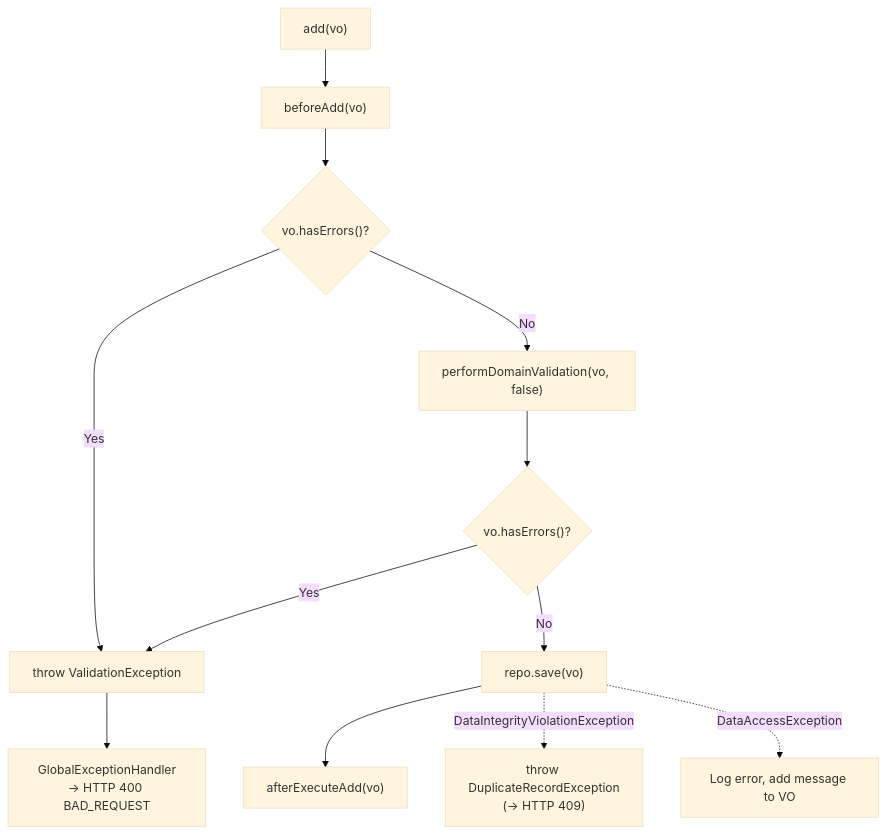
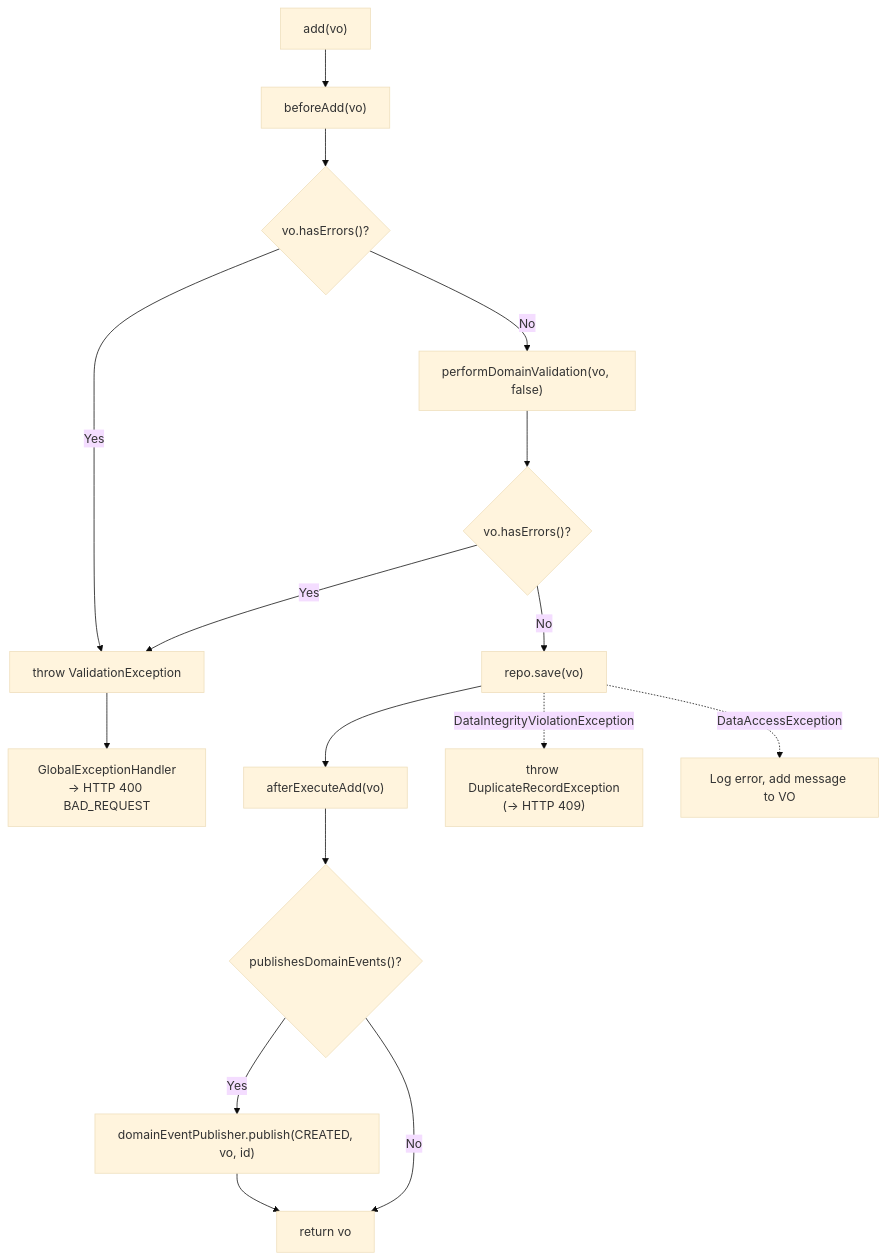
One commit to mujib-adm/carizmi changed the second of 7 diagrams in docs/ARCHITECTURE.md. Above: the diagram before and after it, drawn with Mermaid (base theme). The commit also changed other lines of this file and 78 other files, not shown here.

Commit message:
chore: architectural scale upgrade (#19)

````diff
--- a/docs/ARCHITECTURE.md
+++ b/docs/ARCHITECTURE.md
@@ -313,14 +425,18 @@
 ```mermaid
 graph TD
     A["add(vo)"] --> B["beforeAdd(vo)"]
     B --> C{"vo.hasErrors()?"}
     C -->|Yes| D["throw ValidationException"]
     C -->|No| E["performDomainValidation(vo, false)"]
     E --> F{"vo.hasErrors()?"}
     F -->|Yes| D
     F -->|No| G["repo.save(vo)"]
     G --> H["afterExecuteAdd(vo)"]
+    H --> P{"publishesDomainEvents()?"}
+    P -->|Yes| Q["domainEventPublisher.publish(CREATED, vo, id)"]
+    P -->|No| R["return vo"]
+    Q --> R
     G -.->|DataIntegrityViolationException| I["throw DuplicateRecordException<br/>(→ HTTP 409)"]
     G -.->|DataAccessException| J["Log error, add message to VO"]
     D --> K["GlobalExceptionHandler<br/>→ HTTP 400 BAD_REQUEST"]
 ```
````
